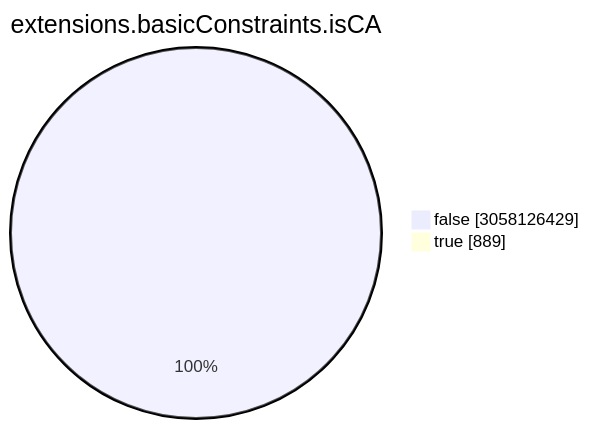
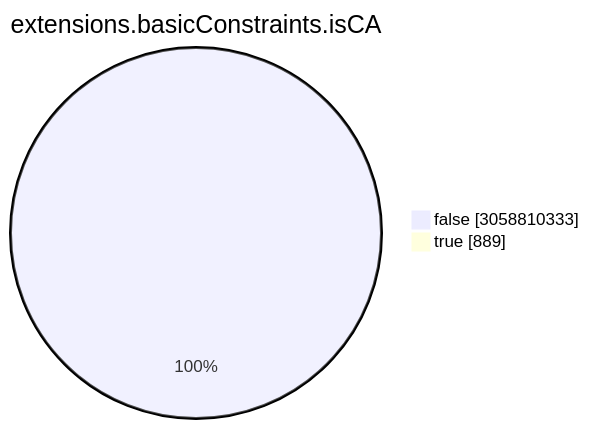
One commit to christiankrug/ctmonitor_visualization changed the seventh of 15 diagrams in TOTAL/README.md. Above: the diagram before and after it, drawn with Mermaid. The commit also changed other lines of this file, not shown here.

````diff
--- a/TOTAL/README.md
+++ b/TOTAL/README.md
@@ -3086,6 +3086,6 @@
 ```mermaid
 pie showData
 title extensions.basicConstraints.isCA
-"false" :3058126429
+"false" :3058810333
 "true" :889
 ```
````
